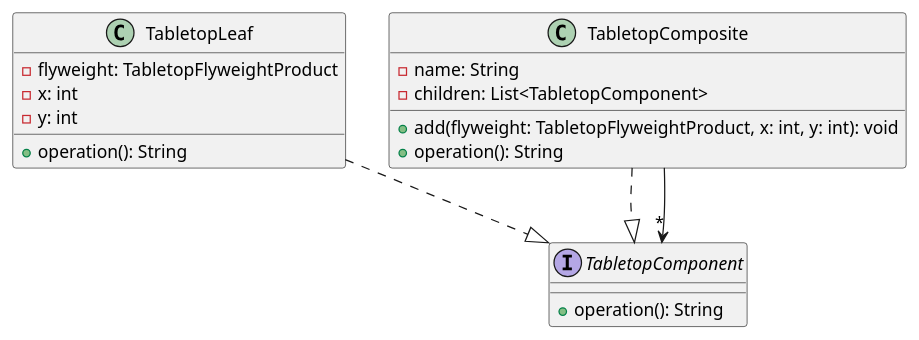
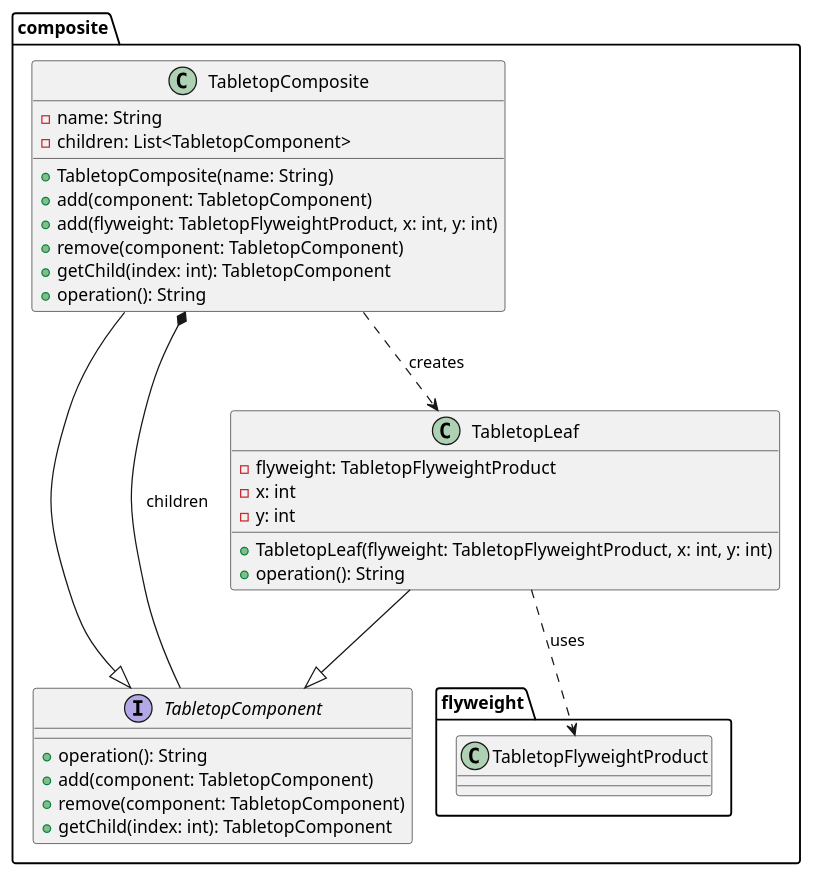
Before and after one commit to 20242-ifba-saj-ads-ppr/framework-equipe2: the fourth of 16 diagrams in README.md, drawn with PlantUML. The commit also changed other lines of this file, not shown here.

````diff
--- a/README.md
+++ b/README.md
@@ -180,27 +189,39 @@
 ```plantuml
 @startuml
+package composite {
 
-interface TabletopComponent {
-  + operation(): String
+  interface TabletopComponent {
+    + operation(): String
+    + add(component: TabletopComponent)
+    + remove(component: TabletopComponent)
+    + getChild(index: int): TabletopComponent
+  }
+
+  class TabletopComposite {
+    - name: String
+    - children: List<TabletopComponent>
+    + TabletopComposite(name: String)
+    + add(component: TabletopComponent)
+    + add(flyweight: TabletopFlyweightProduct, x: int, y: int)
+    + remove(component: TabletopComponent)
+    + getChild(index: int): TabletopComponent
+    + operation(): String
+  }
+
+  class TabletopLeaf {
+    - flyweight: TabletopFlyweightProduct
+    - x: int
+    - y: int
+    + TabletopLeaf(flyweight: TabletopFlyweightProduct, x: int, y: int)
+    + operation(): String
+  }
+
+  TabletopComposite --|> TabletopComponent
+  TabletopLeaf     --|> TabletopComponent
+
+  TabletopComposite *-- TabletopComponent : children
+  TabletopComposite ..> TabletopLeaf          : creates
+  TabletopLeaf      ..> flyweight.TabletopFlyweightProduct : uses
 }
-
-class TabletopLeaf {
-  - flyweight: TabletopFlyweightProduct
-  - x: int
-  - y: int
-  + operation(): String
-}
-
-class TabletopComposite {
-  - name: String
-  - children: List<TabletopComponent>
-  + add(flyweight: TabletopFlyweightProduct, x: int, y: int): void
-  + operation(): String
-}
-
-TabletopLeaf ..|> TabletopComponent
-TabletopComposite ..|> TabletopComponent
-TabletopComposite --> "*" TabletopComponent
-
 @enduml
 ```
````
